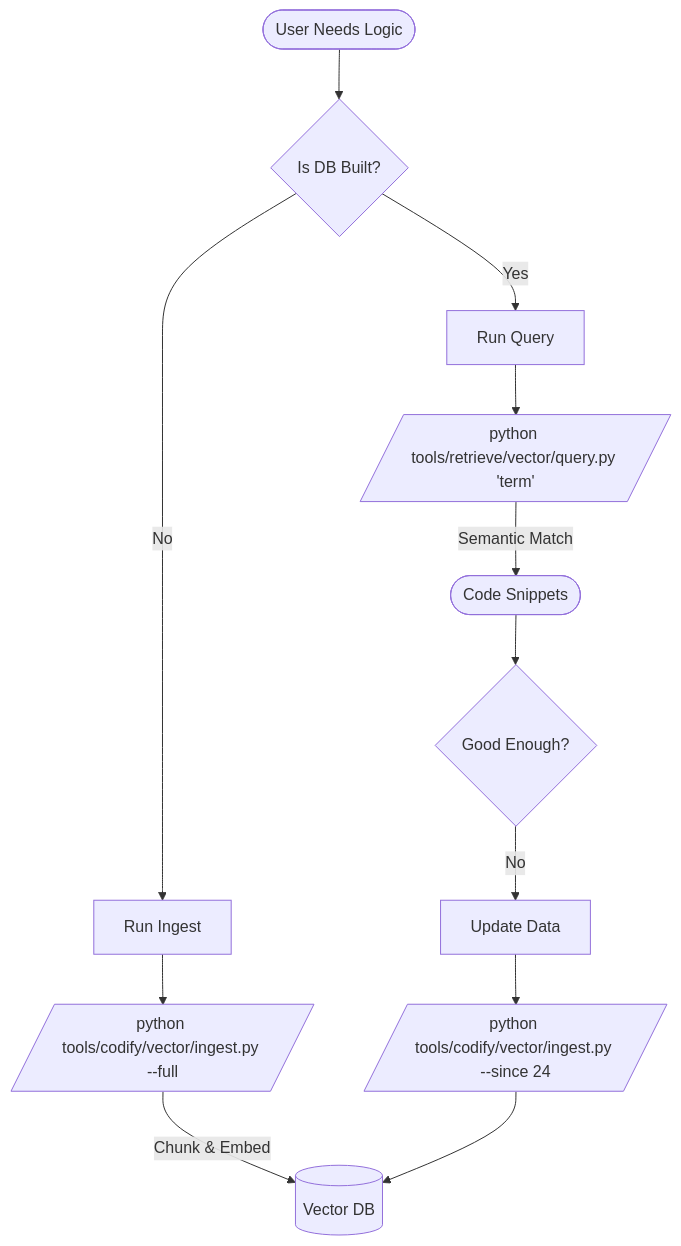
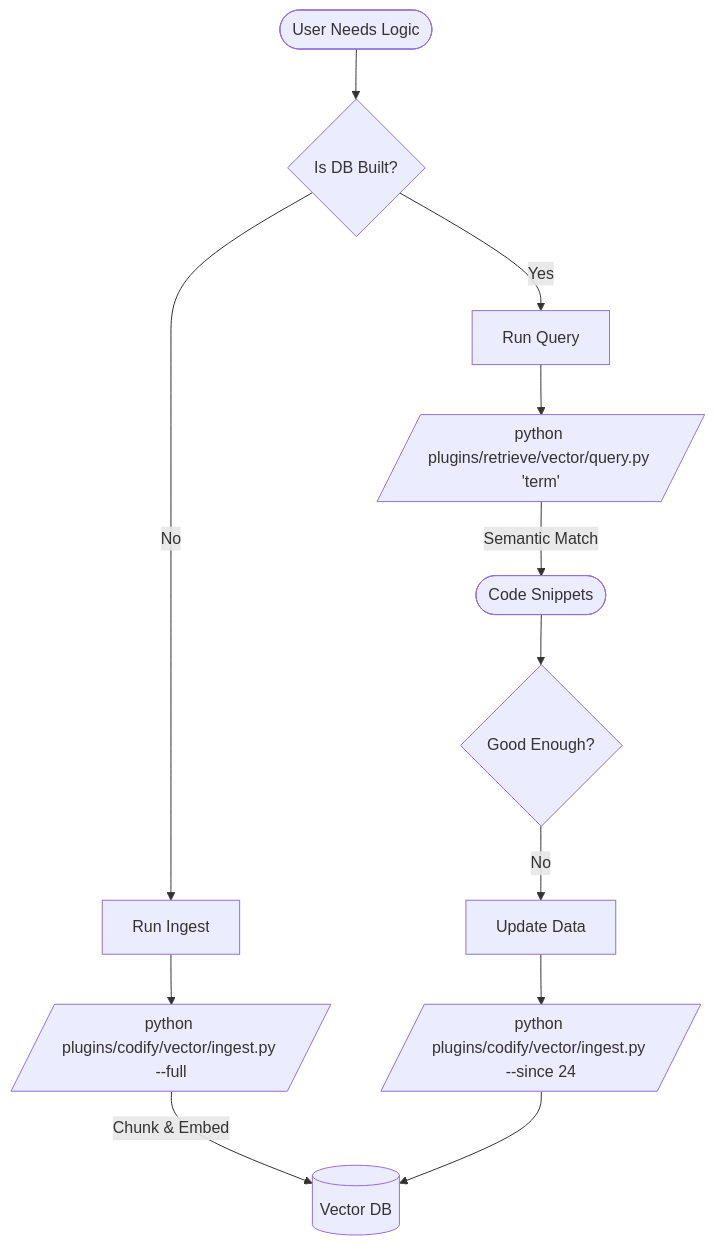
The diagram in plugins/vector-db/skills/vector-db-agent/references/workflow.mmd (richfrem/Project_Sanctuary), drawn with Mermaid before and after one commit. The commit also changed 1551 other files, not shown here.

```diff
--- a/plugins/vector-db/skills/vector-db-agent/references/workflow.mmd
+++ b/plugins/vector-db/skills/vector-db-agent/references/workflow.mmd
@@ -1,15 +1,15 @@
 flowchart TD
     Start([User Needs Logic]) --> Check{Is DB Built?}
     
     Check -- No --> Build[Run Ingest]
-    Build --> CmdBuild[/"python tools/codify/vector/ingest.py --full"/]
+    Build --> CmdBuild[/"python plugins/codify/vector/ingest.py --full"/]
     CmdBuild -- "Chunk & Embed" --> DB[(Vector DB)]
     
     Check -- Yes --> Search[Run Query]
-    Search --> CmdSearch[/"python tools/retrieve/vector/query.py 'term'"/]
+    Search --> CmdSearch[/"python plugins/retrieve/vector/query.py 'term'"/]
     CmdSearch -- "Semantic Match" --> Result([Code Snippets])
     
     Result --> Refine{Good Enough?}
     Refine -- No --> Rebuild[Update Data]
-    Rebuild --> CmdUpdate[/"python tools/codify/vector/ingest.py --since 24"/]
+    Rebuild --> CmdUpdate[/"python plugins/codify/vector/ingest.py --since 24"/]
     CmdUpdate --> DB
```
